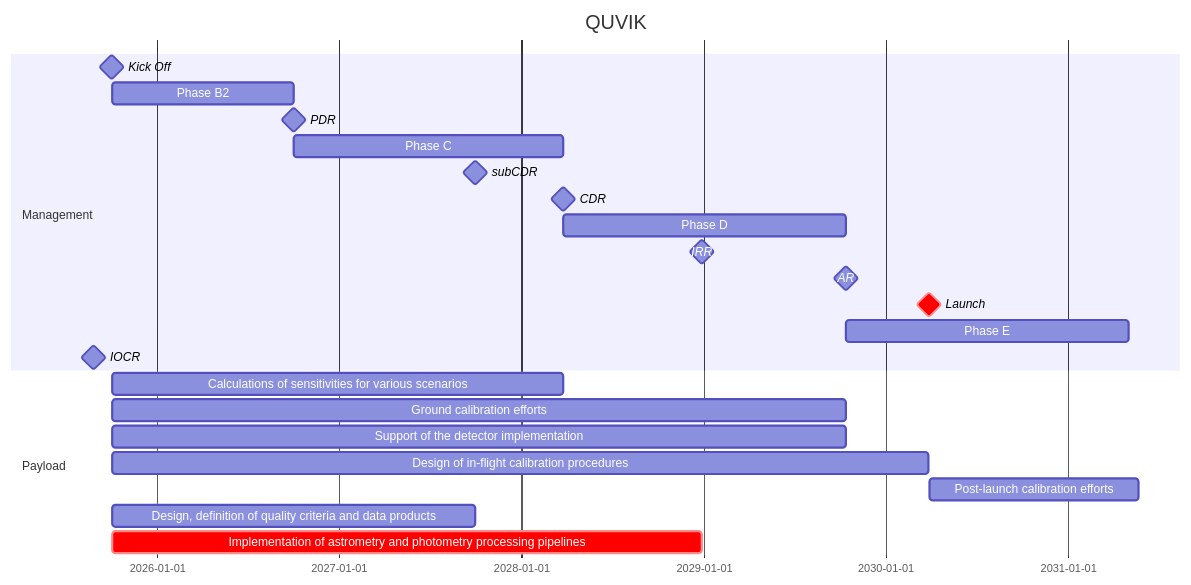
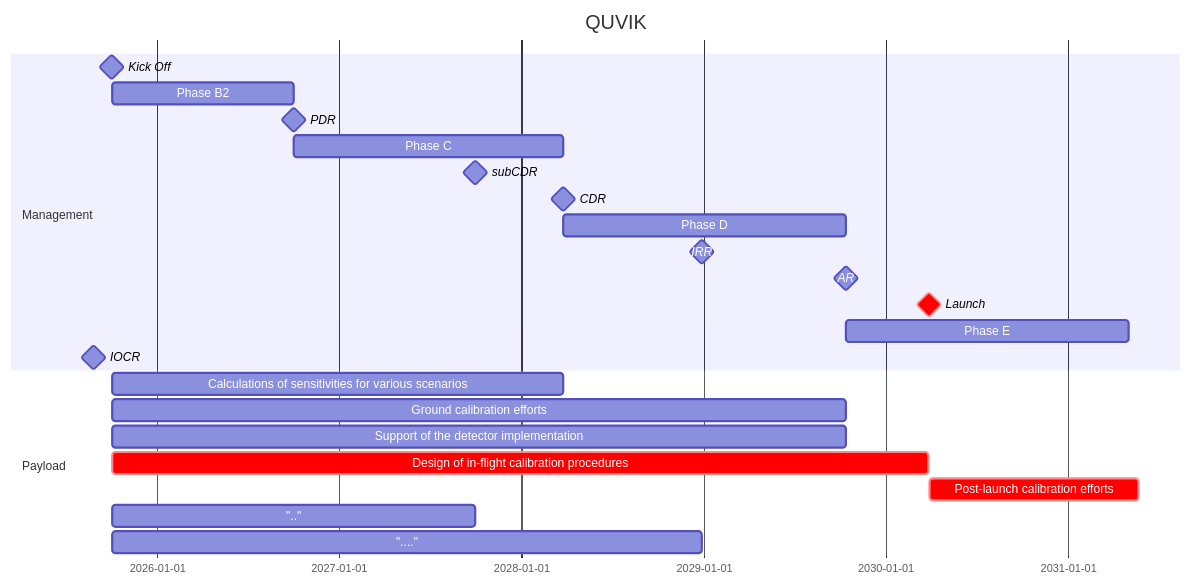
The diagram in calib/Pload.md (limu007/quvik), drawn with Mermaid before and after one commit.

````diff
--- a/calib/Pload.md
+++ b/calib/Pload.md
@@ -1,30 +1,30 @@
 ```mermaid
 gantt
     title QUVIK
     dateFormat  YYYY-MM-DD
     section Management
     Kick Off : milestone, m1, 2025-09-31, 1d
     Phase B2 : b2, after m1, 52w
     PDR : milestone, pdr, after b2, 1d
     Phase C : c1, after pdr, 77w
     subCDR :  milestone, sc1, after des, 1d
     CDR : milestone, cdr, after c1, 1d
     Phase D : d1, after cdr, 81w
     IRR : milestone, irr, after imp, 1d
     AR : milestone, ar, after d1, 1d
     Launch : crit, milestone, frr, after dcal, 1d
     Phase E : e1, after ar, 81w
     IOCR : milestone, iocr, after e2, 1d
 
     section Payload
     Calculations of sensitivities for various scenarios :  after m1 , until cdr
     Ground calibration efforts :  after m1 , until ar
     Support of the detector implementation :  after m1 , until ar 
-    Design of in-flight calibration procedures :  dcal, after m1 , 234w
-    Post-launch calibration efforts :  after frr , 420d
+    Design of in-flight calibration procedures : crit, dcal, after m1 , 234w
+    Post-launch calibration efforts : crit, after frr , 420d
 
-    Design, definition of quality criteria and data products : 	des, after m1	, 104w
-    Implementation of astrometry and photometry processing pipelines :crit, imp, after m1 , 169w
+    ".." : 	des, after m1	, 104w
+    "...." : imp, after m1 , 169w
 
 
 ```
````
